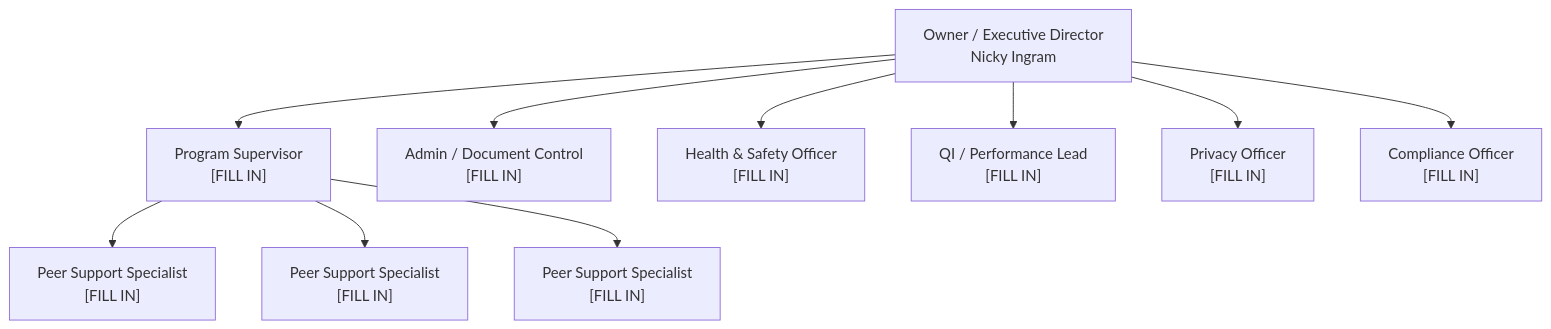
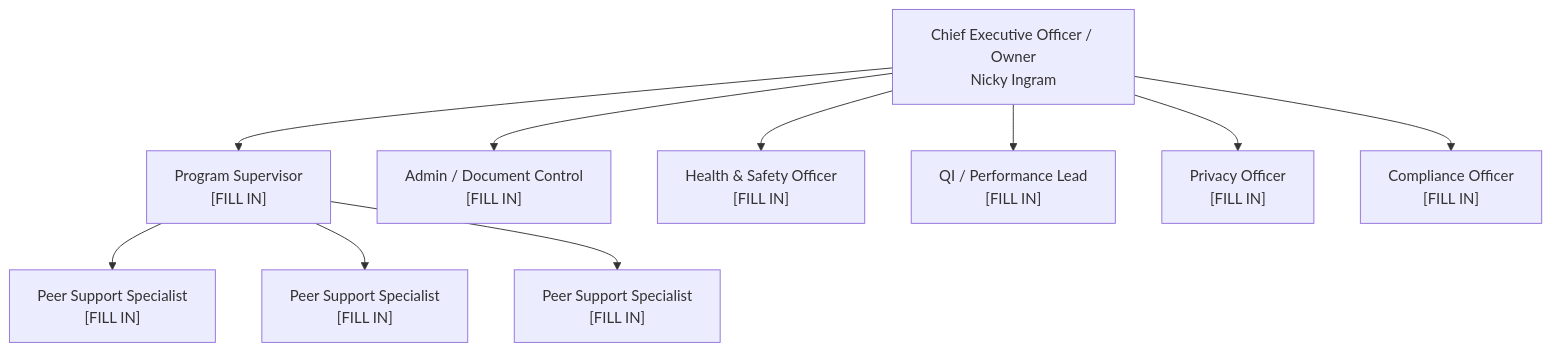
The diagram in .claude/skills/carf-peer-support-accreditation/providers/prayers-of-care/binder/ORG-01_Organizational_Chart.md (garnertom6-del/phonebot), drawn with Mermaid before and after one commit. The commit also changed other lines of this file and 6 other files, not shown here.

First line of the commit message:
Set Nicky Ingram's title to Chief Executive Officer / Owner across the binder

````diff
--- a/.claude/skills/carf-peer-support-accreditation/providers/prayers-of-care/binder/ORG-01_Organizational_Chart.md
+++ b/.claude/skills/carf-peer-support-accreditation/providers/prayers-of-care/binder/ORG-01_Organizational_Chart.md
@@ -96,23 +96,23 @@
 ```mermaid
 flowchart TD
-  ED["Owner / Executive Director<br/>Nicky Ingram"]
+  ED["Chief Executive Officer / Owner<br/>Nicky Ingram"]
   PS["Program Supervisor<br/>[FILL IN]"]
   PSS1["Peer Support Specialist<br/>[FILL IN]"]
   PSS2["Peer Support Specialist<br/>[FILL IN]"]
   PSS3["Peer Support Specialist<br/>[FILL IN]"]
   ADM["Admin / Document Control<br/>[FILL IN]"]
   HS["Health &amp; Safety Officer<br/>[FILL IN]"]
   QI["QI / Performance Lead<br/>[FILL IN]"]
   PRIV["Privacy Officer<br/>[FILL IN]"]
   COMP["Compliance Officer<br/>[FILL IN]"]
 
   ED --> PS
   ED --> ADM
   ED --> HS
   ED --> QI
   ED --> PRIV
   ED --> COMP
   PS --> PSS1
   PS --> PSS2
   PS --> PSS3
 ```
````
